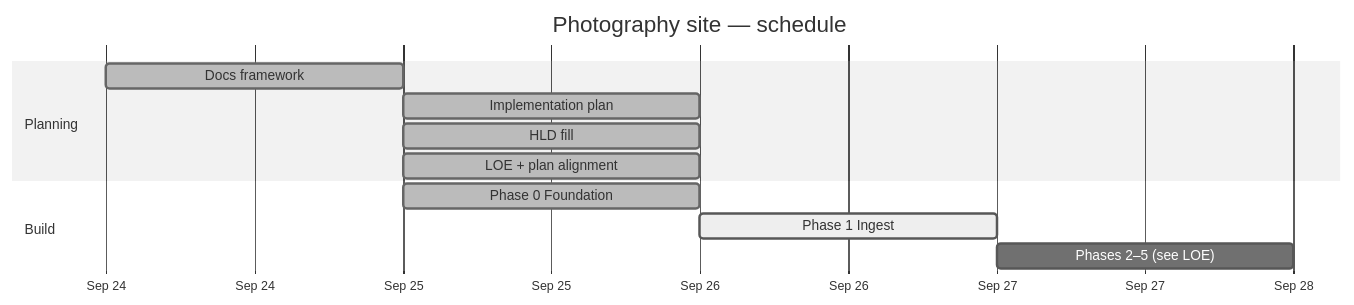
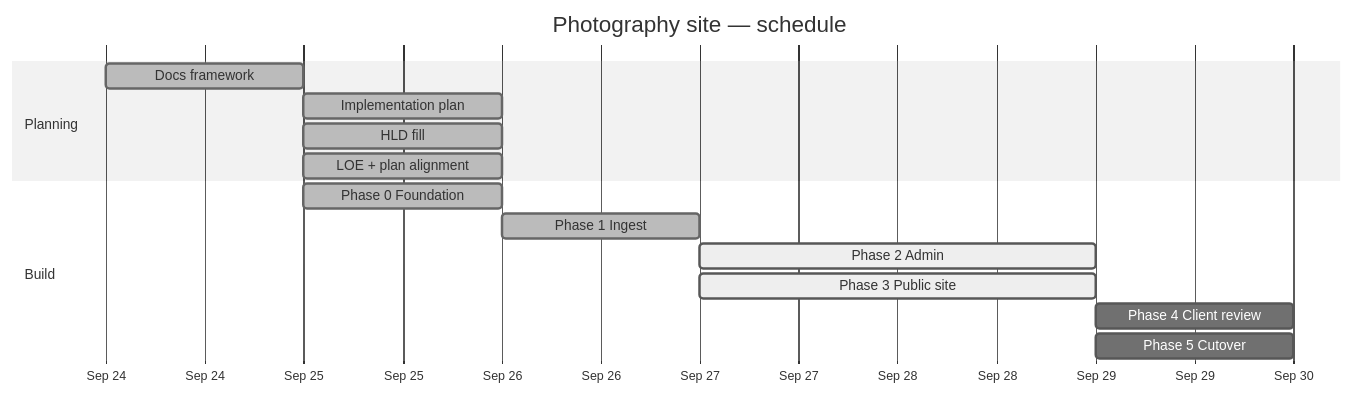
Before and after one commit to cjlawson02/photography: the diagram in docs/PROGRESS.md, drawn with Mermaid (neutral theme). The commit also changed other lines of this file and 1 other file, not shown here.

````diff
--- a/docs/PROGRESS.md
+++ b/docs/PROGRESS.md
@@ -21,17 +27,20 @@
 ```mermaid
 gantt
   title Photography site — schedule
   dateFormat YYYY-MM-DD
   axisFormat %b %d
 
   section Planning
   Docs framework            :done,    docs, 2026-09-24, 1d
   Implementation plan       :done,    impl, 2026-09-25, 1d
   HLD fill                  :done,    hld,  2026-09-25, 1d
   LOE + plan alignment      :done,    loe,  2026-09-25, 1d
 
   section Build
   Phase 0 Foundation        :done,    p0, 2026-09-25, 1d
-  Phase 1 Ingest            :active,  p1, after p0, 1d
-  Phases 2–5 (see LOE)      :         later, after p1, 1d
+  Phase 1 Ingest            :done,    p1, after p0, 1d
+  Phase 2 Admin             :active,  p2, after p1, 2d
+  Phase 3 Public site       :active,  p3, after p1, 2d
+  Phase 4 Client review     :         p4, after p2, 1d
+  Phase 5 Cutover           :         p5, after p3, 1d
 ```
````
